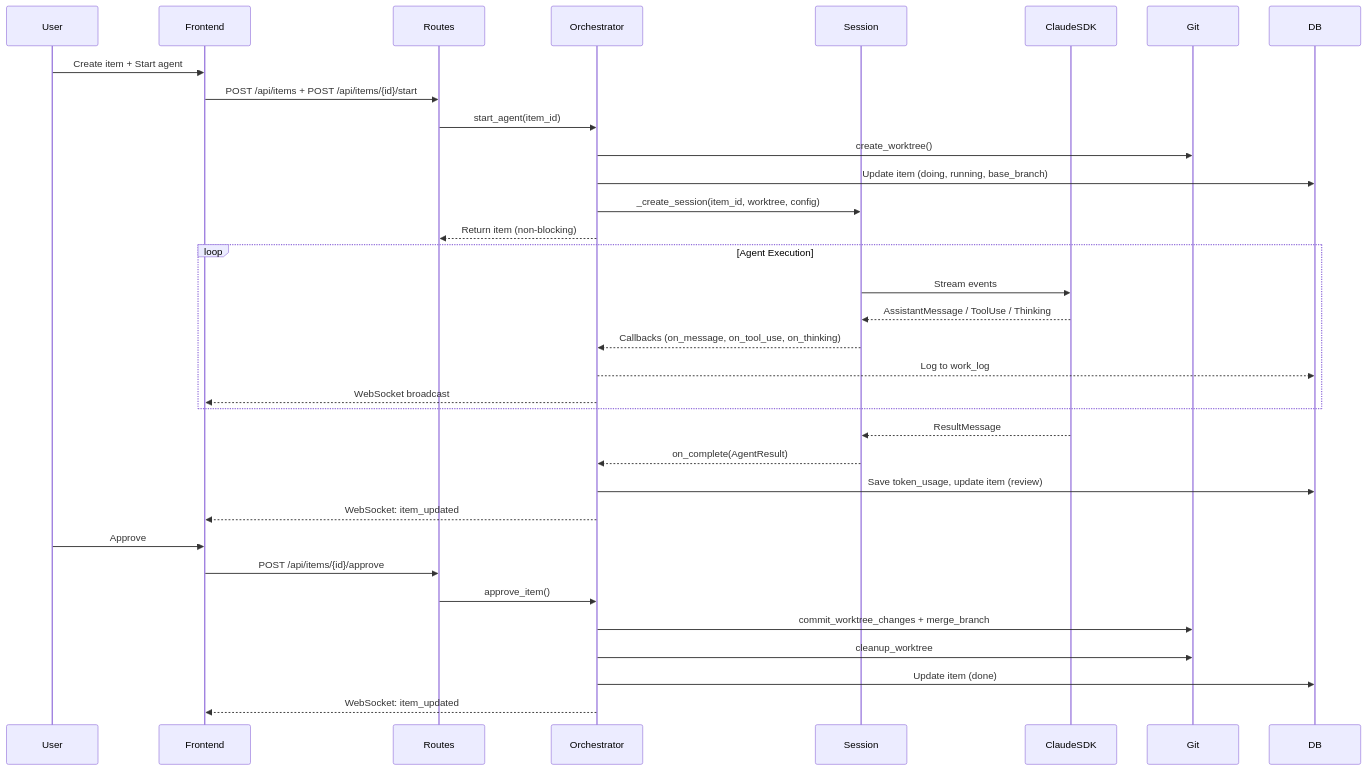
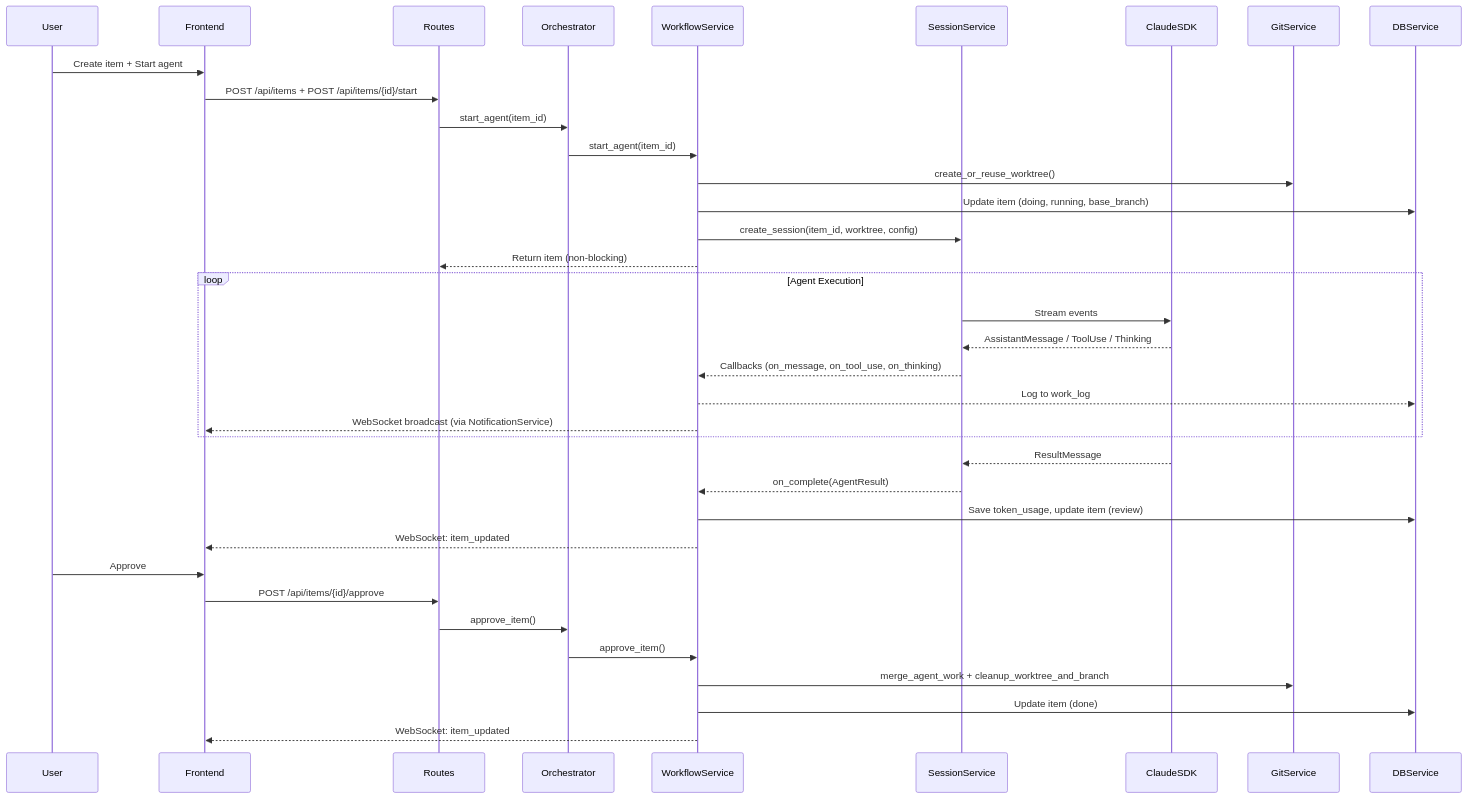
One commit to epatel/claude-agents-dashboard changed the second of 4 diagrams in ASSESSMENT_CODE.md. Above: the diagram before and after it, drawn with Mermaid. The commit also changed other lines of this file and 2 other files, not shown here.

Commit message:
Update ASSESSMENT_CODE.md, README.md, and CLAUDE.md for service layer and dialog modularization

````diff
--- a/ASSESSMENT_CODE.md
+++ b/ASSESSMENT_CODE.md
@@ -131,40 +176,42 @@
 ```mermaid
 sequenceDiagram
     participant User
     participant Frontend
     participant Routes
     participant Orchestrator
-    participant Session
+    participant WorkflowService
+    participant SessionService
     participant ClaudeSDK
-    participant Git
-    participant DB
+    participant GitService
+    participant DBService
 
     User->>Frontend: Create item + Start agent
     Frontend->>Routes: POST /api/items + POST /api/items/{id}/start
     Routes->>Orchestrator: start_agent(item_id)
-    Orchestrator->>Git: create_worktree()
-    Orchestrator->>DB: Update item (doing, running, base_branch)
-    Orchestrator->>Session: _create_session(item_id, worktree, config)
-    Orchestrator-->>Routes: Return item (non-blocking)
+    Orchestrator->>WorkflowService: start_agent(item_id)
+    WorkflowService->>GitService: create_or_reuse_worktree()
+    WorkflowService->>DBService: Update item (doing, running, base_branch)
+    WorkflowService->>SessionService: create_session(item_id, worktree, config)
+    WorkflowService-->>Routes: Return item (non-blocking)
 
     loop Agent Execution
-        Session->>ClaudeSDK: Stream events
-        ClaudeSDK-->>Session: AssistantMessage / ToolUse / Thinking
-        Session-->>Orchestrator: Callbacks (on_message, on_tool_use, on_thinking)
-        Orchestrator-->>DB: Log to work_log
-        Orchestrator-->>Frontend: WebSocket broadcast
+        SessionService->>ClaudeSDK: Stream events
+        ClaudeSDK-->>SessionService: AssistantMessage / ToolUse / Thinking
+        SessionService-->>WorkflowService: Callbacks (on_message, on_tool_use, on_thinking)
+        WorkflowService-->>DBService: Log to work_log
+        WorkflowService-->>Frontend: WebSocket broadcast (via NotificationService)
     end
 
-    ClaudeSDK-->>Session: ResultMessage
-    Session-->>Orchestrator: on_complete(AgentResult)
-    Orchestrator->>DB: Save token_usage, update item (review)
-    Orchestrator-->>Frontend: WebSocket: item_updated
+    ClaudeSDK-->>SessionService: ResultMessage
+    SessionService-->>WorkflowService: on_complete(AgentResult)
+    WorkflowService->>DBService: Save token_usage, update item (review)
+    WorkflowService-->>Frontend: WebSocket: item_updated
 
     User->>Frontend: Approve
     Frontend->>Routes: POST /api/items/{id}/approve
     Routes->>Orchestrator: approve_item()
-    Orchestrator->>Git: commit_worktree_changes + merge_branch
-    Orchestrator->>Git: cleanup_worktree
-    Orchestrator->>DB: Update item (done)
-    Orchestrator-->>Frontend: WebSocket: item_updated
+    Orchestrator->>WorkflowService: approve_item()
+    WorkflowService->>GitService: merge_agent_work + cleanup_worktree_and_branch
+    WorkflowService->>DBService: Update item (done)
+    WorkflowService-->>Frontend: WebSocket: item_updated
 ```
````
